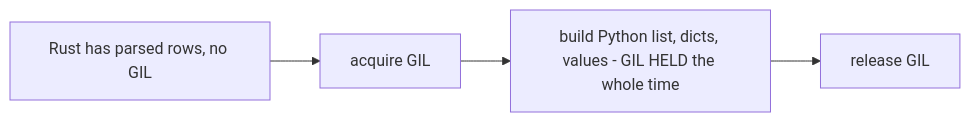
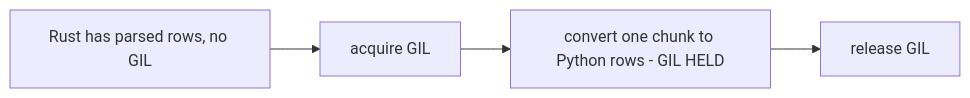
One commit to microsoft/mssql-rs changed the tenth of 16 diagrams in docs/async-execution-design.md. Above: the diagram before and after it, drawn with Mermaid. The commit also changed other lines of this file and 1 other file, not shown here.

Commit message:
Correct async architecture documentation and API examples

````diff
--- a/docs/async-execution-design.md
+++ b/docs/async-execution-design.md
@@ -635,6 +682,6 @@
 ```mermaid
 flowchart LR
     R1["Rust has parsed rows, no GIL"] --> R2["acquire GIL"]
-    R2 --> R3["build Python list, dicts, values - GIL HELD the whole time"]
+    R2 --> R3["convert one chunk to Python rows - GIL HELD"]
     R3 --> R4["release GIL"]
 ```
````
